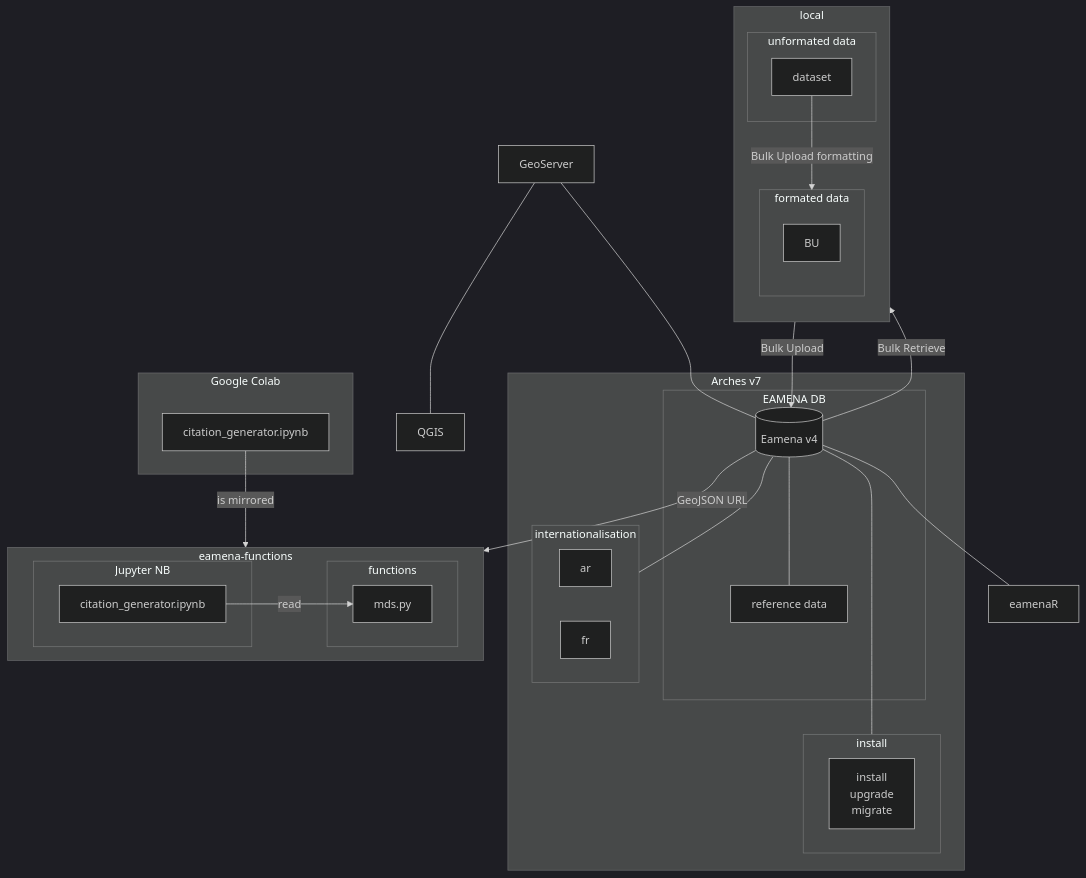
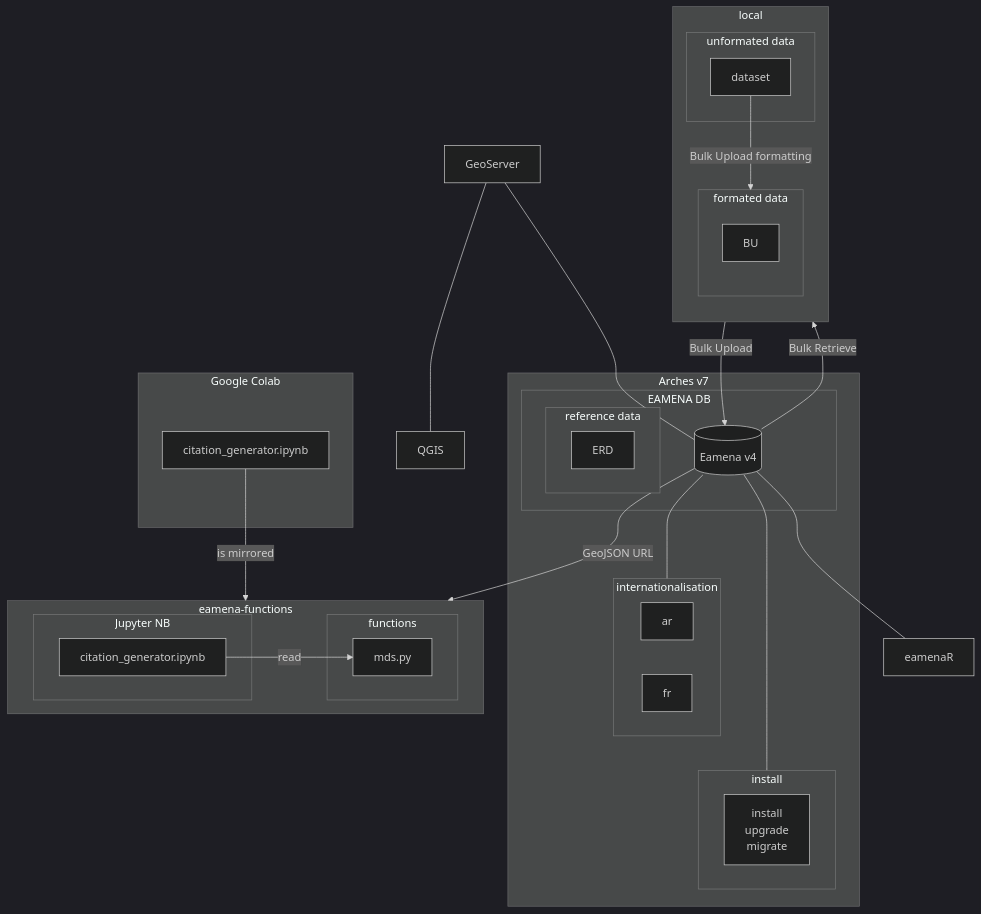
The diagram in dbs/database.eamena/README.md (eamena-project/eamena-arches-dev), drawn with Mermaid (dark theme) before and after one commit.

````diff
--- a/dbs/database.eamena/README.md
+++ b/dbs/database.eamena/README.md
@@ -9,58 +9,60 @@
 ```mermaid
 flowchart
   subgraph Arches v7
     subgraph EAMENA DB
       ea[(Eamena v4)];
-      idr1[reference data];
-      ea --- idr1;
+      subgraph reference data
+        idr1[ERD];
+      end
     end
     subgraph internationalisation
       id6[ar];
       id7[fr];
     end 
     subgraph install
       id8[install<br>upgrade<br>migrate];
     end 
   end
   id3[GeoServer] --- ea;
   id3 --- id4[QGIS];
   subgraph local
     direction TB
     subgraph unformated data
       id9A[dataset]
     end
     subgraph formated data
       direction TB
       id9A -- Bulk Upload formatting --> id9B[BU];
       id9B -- Bulk Upload --> ea;
       ea -- Bulk Retrieve --> id9B;
     end
   end
   subgraph eamena-functions
     direction LR
     subgraph functions
       idf1[mds.py]
     end
     subgraph Jupyter NB
       idf2[citation_generator.ipynb] -- read --> idf1
     end
   end
   subgraph Google Colab
     idg1[citation_generator.ipynb] -- is mirrored --> idf2
   end
   ea -- GeoJSON URL --> idf1
   ea --- id5[eamenaR];
   ea --- internationalisation
   ea <--- install
 
+  click idr1 "https://github.com/eamena-project/eamena-arches-dev/tree/main/dbs/database.eamena/data/reference_data" _blank
   click id6 "https://github.com/eamena-project/eamena-arches-dev/tree/main/dbs/database.eamena/internationalisation" _blank
   click id7 "https://github.com/eamena-project/eamena-arches-dev/tree/main/dbs/database.eamena/internationalisation" _blank
   click id8 "https://github.com/eamena-project/eamena-arches-dev/tree/main/dbs/database.eamena/install" _blank
   click id3 "https://github.com/eamena-project/eamena-arches-dev/tree/main/geoserver" _blank
   click id4 "https://github.com/eamena-project/eamena-arches-dev/tree/main/gis/qgis" _blank
   click idf1 "https://github.com/eamena-project/eamena-functions/blob/main/mds/mds.py" _blank
   click idf2 "https://github.com/eamena-project/eamena-arches-dev/blob/main/dev/citations/citation_generator.ipynb" _blank
   click idg1 "https://colab.research.google.com/github/eamena-project/eamena-arches-dev/blob/main/dev/citations/citation_generator.ipynb" _blank
   click id5 "https://github.com/eamena-project/eamenaR" _blank
   click id9B "https://github.com/eamena-project/eamena-arches-dev/tree/main/data/bulk#readme" _blank
 ```
````
